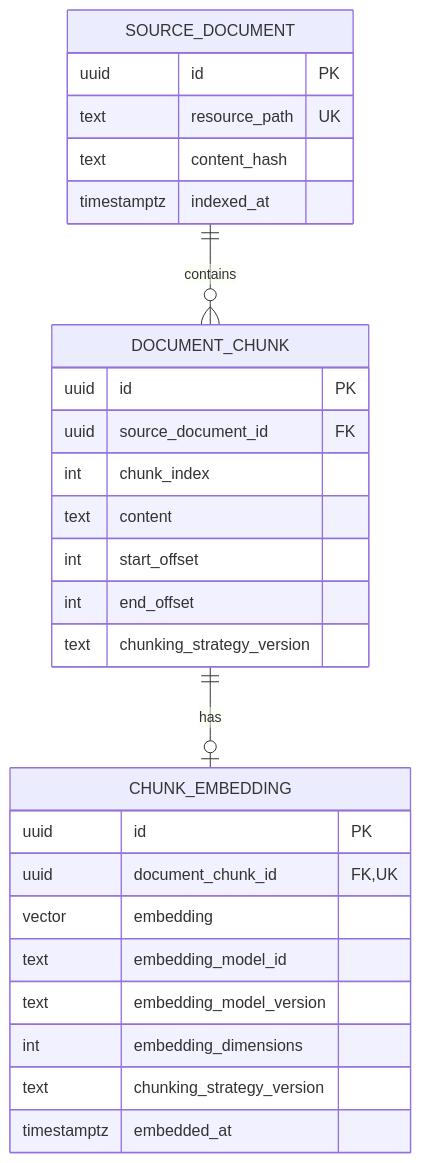
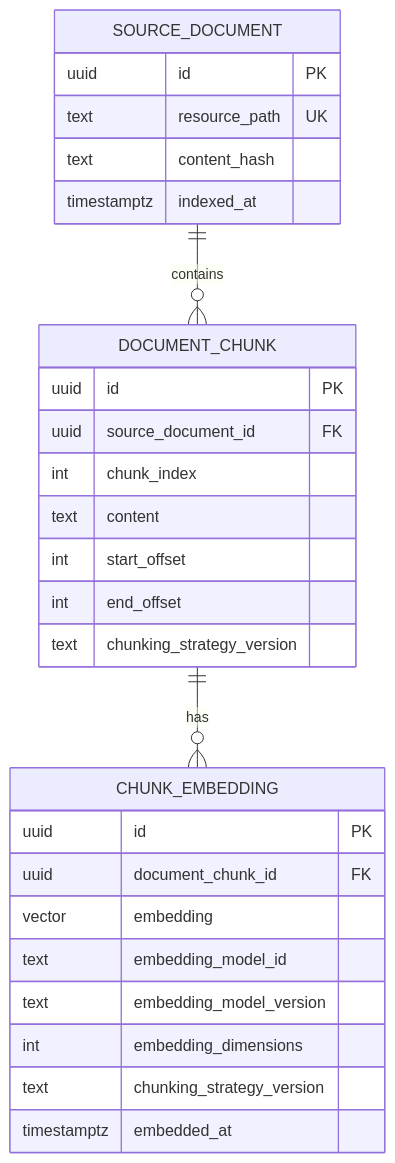
The diagram in docs/DATABASE_SCHEMA.md (jojczykp/ai-rag-subject-matter-expert), drawn with Mermaid before and after one commit. The commit also changed other lines of this file and 39 other files, not shown here.

````diff
--- a/docs/DATABASE_SCHEMA.md
+++ b/docs/DATABASE_SCHEMA.md
@@ -13,33 +13,33 @@
 ```mermaid
 erDiagram
     SOURCE_DOCUMENT ||--o{ DOCUMENT_CHUNK : contains
-    DOCUMENT_CHUNK ||--o| CHUNK_EMBEDDING : has
+    DOCUMENT_CHUNK ||--o{ CHUNK_EMBEDDING : has
 
     SOURCE_DOCUMENT {
         uuid id PK
         text resource_path UK
         text content_hash
         timestamptz indexed_at
     }
 
     DOCUMENT_CHUNK {
         uuid id PK
         uuid source_document_id FK
         int chunk_index
         text content
         int start_offset
         int end_offset
         text chunking_strategy_version
     }
 
     CHUNK_EMBEDDING {
         uuid id PK
-        uuid document_chunk_id FK, UK
+        uuid document_chunk_id FK
         vector embedding
         text embedding_model_id
         text embedding_model_version
         int embedding_dimensions
         text chunking_strategy_version
         timestamptz embedded_at
     }
 ```
````
